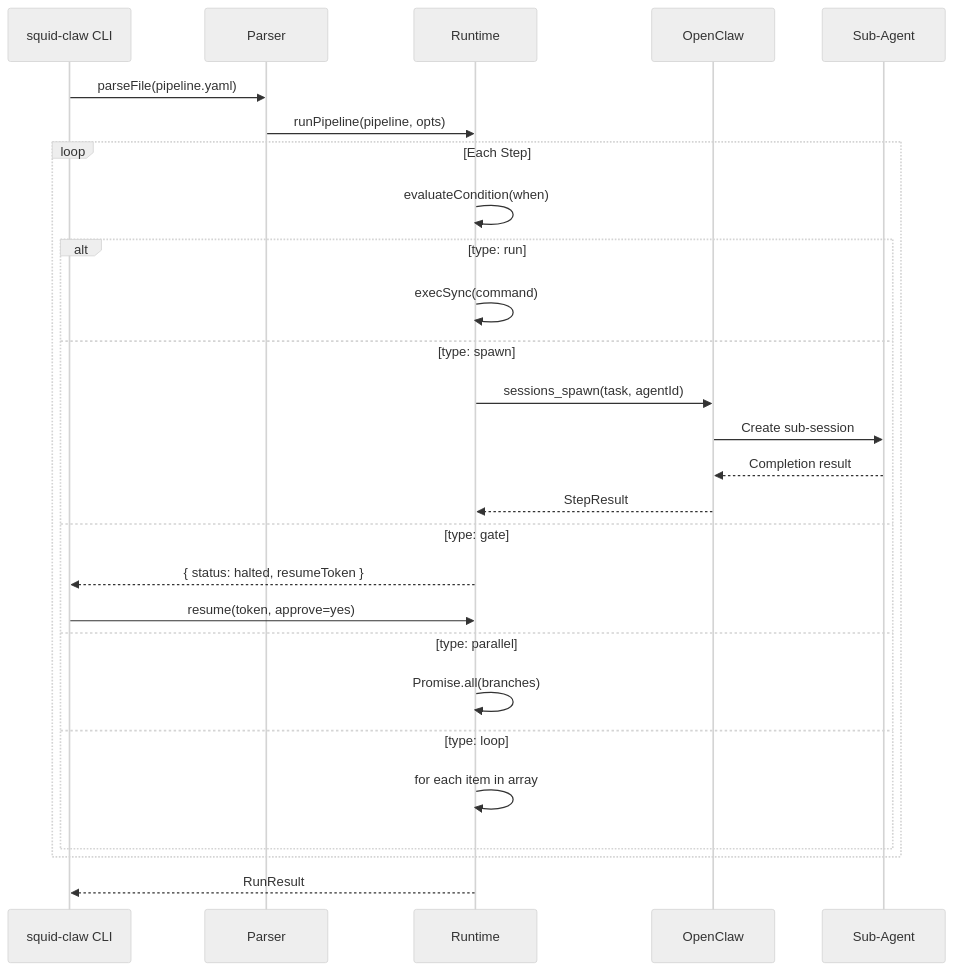
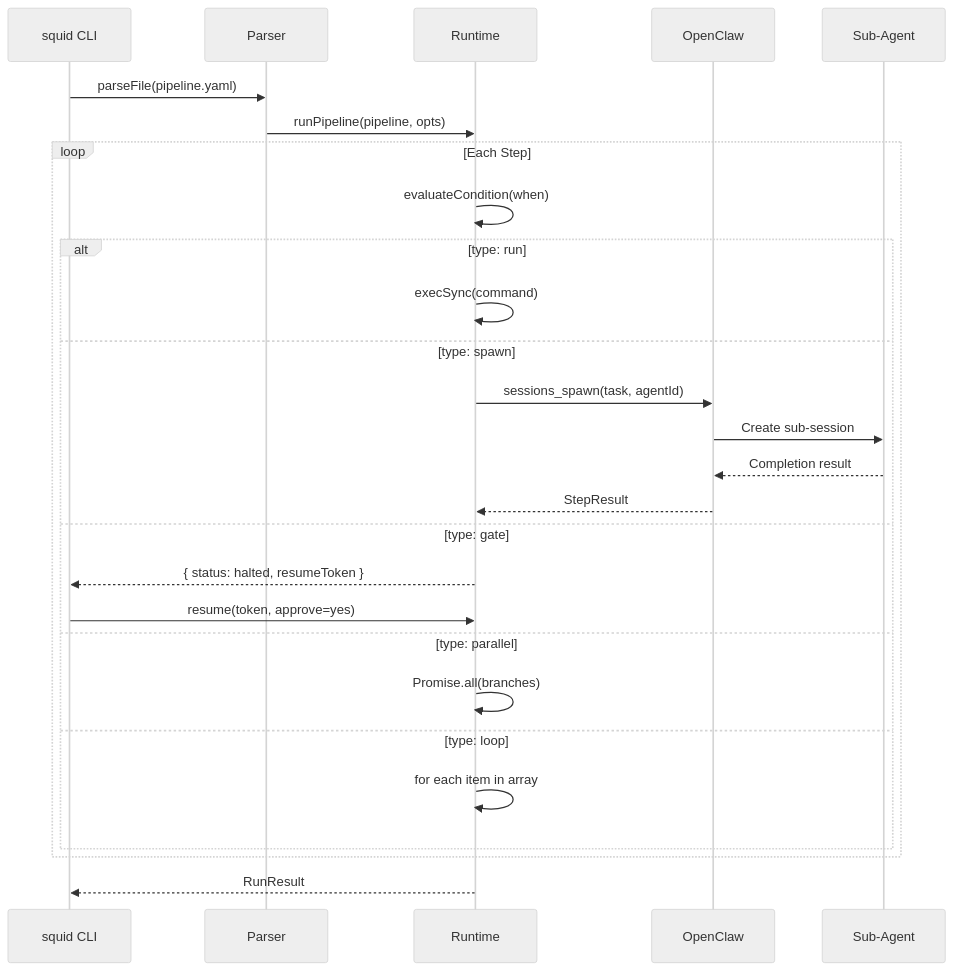
The second of 2 diagrams in README.md (dominno/squid), drawn with Mermaid (neutral theme) before and after one commit. The commit also changed other lines of this file and 37 other files, not shown here.

````diff
--- a/README.md
+++ b/README.md
@@ -39,32 +39,32 @@
 ```mermaid
 sequenceDiagram
-  participant CLI as squid-claw CLI
+  participant CLI as squid CLI
   participant P as Parser
   participant R as Runtime
   participant OC as OpenClaw
   participant SA as Sub-Agent
 
   CLI->>P: parseFile(pipeline.yaml)
   P->>R: runPipeline(pipeline, opts)
   
   loop Each Step
     R->>R: evaluateCondition(when)
     alt type: run
       R->>R: execSync(command)
     else type: spawn
       R->>OC: sessions_spawn(task, agentId)
       OC->>SA: Create sub-session
       SA-->>OC: Completion result
       OC-->>R: StepResult
     else type: gate
       R-->>CLI: { status: halted, resumeToken }
       CLI->>R: resume(token, approve=yes)
     else type: parallel
       R->>R: Promise.all(branches)
     else type: loop
       R->>R: for each item in array
     end
   end
   
   R-->>CLI: RunResult
 ```
````
